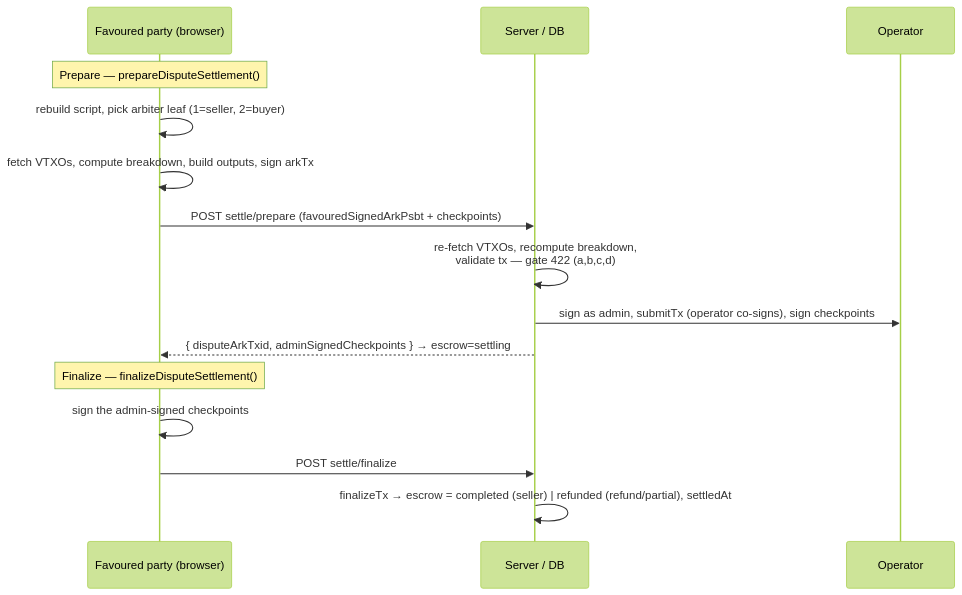
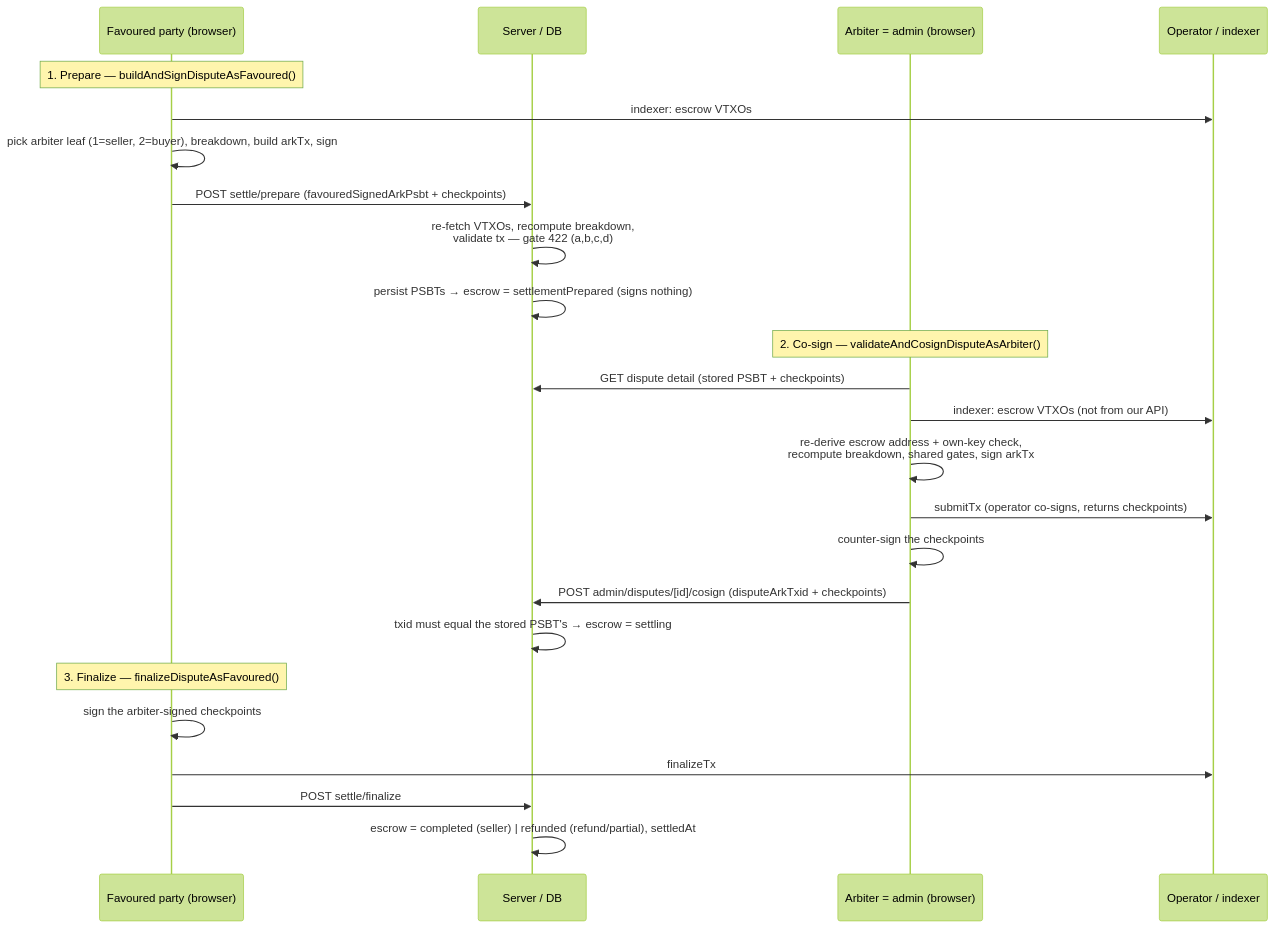
One commit to tkstudioio/antigone changed the diagram in docs/escrow/dispute.md. Above: the diagram before and after it, drawn with Mermaid (forest theme). The commit also changed other lines of this file and 113 other files, not shown here.

First line of the commit message:
feat(crypto): persist signed mutations and verify server data client-side

````diff
--- a/docs/escrow/dispute.md
+++ b/docs/escrow/dispute.md
@@ -25,19 +29,29 @@
 ```mermaid
 sequenceDiagram
     participant F as Favoured party (browser)
     participant DB as Server / DB
-    participant Op as Operator
+    participant A as Arbiter = admin (browser)
+    participant Op as Operator / indexer
 
-    Note over F: Prepare — prepareDisputeSettlement()
-    F->>F: rebuild script, pick arbiter leaf (1=seller, 2=buyer)
-    F->>F: fetch VTXOs, compute breakdown, build outputs, sign arkTx
+    Note over F: 1. Prepare — buildAndSignDisputeAsFavoured()
+    F->>Op: indexer: escrow VTXOs
+    F->>F: pick arbiter leaf (1=seller, 2=buyer), breakdown, build arkTx, sign
     F->>DB: POST settle/prepare (favouredSignedArkPsbt + checkpoints)
     DB->>DB: re-fetch VTXOs, recompute breakdown,<br/>validate tx — gate 422 (a,b,c,d)
-    DB->>Op: sign as admin, submitTx (operator co-signs), sign checkpoints
-    DB-->>F: { disputeArkTxid, adminSignedCheckpoints } → escrow=settling
+    DB->>DB: persist PSBTs → escrow = settlementPrepared (signs nothing)
 
-    Note over F: Finalize — finalizeDisputeSettlement()
-    F->>F: sign the admin-signed checkpoints
+    Note over A: 2. Co-sign — validateAndCosignDisputeAsArbiter()
+    A->>DB: GET dispute detail (stored PSBT + checkpoints)
+    A->>Op: indexer: escrow VTXOs (not from our API)
+    A->>A: re-derive escrow address + own-key check,<br/>recompute breakdown, shared gates, sign arkTx
+    A->>Op: submitTx (operator co-signs, returns checkpoints)
+    A->>A: counter-sign the checkpoints
+    A->>DB: POST admin/disputes/[id]/cosign (disputeArkTxid + checkpoints)
+    DB->>DB: txid must equal the stored PSBT's → escrow = settling
+
+    Note over F: 3. Finalize — finalizeDisputeAsFavoured()
+    F->>F: sign the arbiter-signed checkpoints
+    F->>Op: finalizeTx
     F->>DB: POST settle/finalize
-    DB->>DB: finalizeTx → escrow = completed (seller) | refunded (refund/partial), settledAt
+    DB->>DB: escrow = completed (seller) | refunded (refund/partial), settledAt
 ```
````
